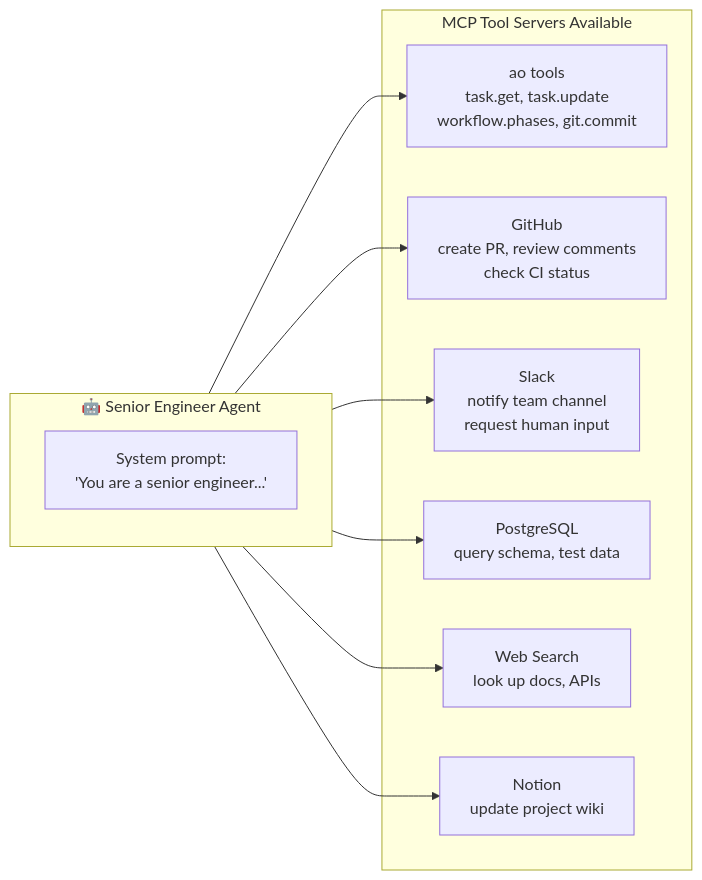
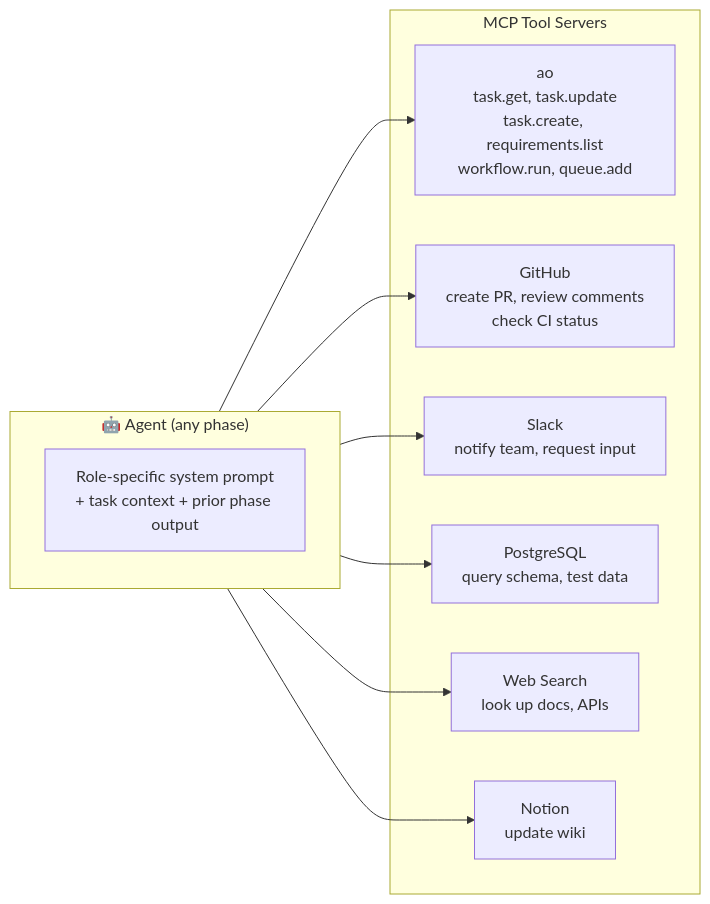
The tenth of 12 diagrams in docs/how-ao-works.md (launchapp-dev/ao-cli), drawn with Mermaid before and after one commit. The commit also changed other lines of this file and 1 other file, not shown here.

First line of the commit message:
docs: define workflow-first CLI target architecture

````diff
--- a/docs/how-ao-works.md
+++ b/docs/how-ao-works.md
@@ -256,22 +413,22 @@
 ```mermaid
 flowchart LR
-    subgraph AGENT["🤖 Senior Engineer Agent"]
-        prompt["System prompt:<br/>'You are a senior engineer...'"]
+    subgraph AGENT["🤖 Agent (any phase)"]
+        prompt["Role-specific system prompt<br/>+ task context + prior phase output"]
     end
 
-    subgraph MCP["MCP Tool Servers Available"]
-        ao["ao tools<br/>task.get, task.update<br/>workflow.phases, git.commit"]
+    subgraph MCP["MCP Tool Servers"]
+        ao["ao<br/>task.get, task.update<br/>task.create, requirements.list<br/>workflow.run, queue.add"]
         gh["GitHub<br/>create PR, review comments<br/>check CI status"]
-        slack["Slack<br/>notify team channel<br/>request human input"]
+        slack["Slack<br/>notify team, request input"]
         db["PostgreSQL<br/>query schema, test data"]
         search["Web Search<br/>look up docs, APIs"]
-        notion["Notion<br/>update project wiki"]
+        notion["Notion<br/>update wiki"]
     end
 
     AGENT --> ao
     AGENT --> gh
     AGENT --> slack
     AGENT --> db
     AGENT --> search
     AGENT --> notion
 ```
````
